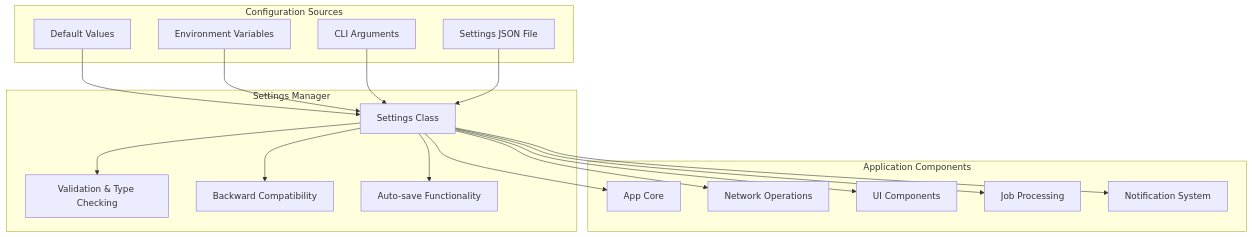
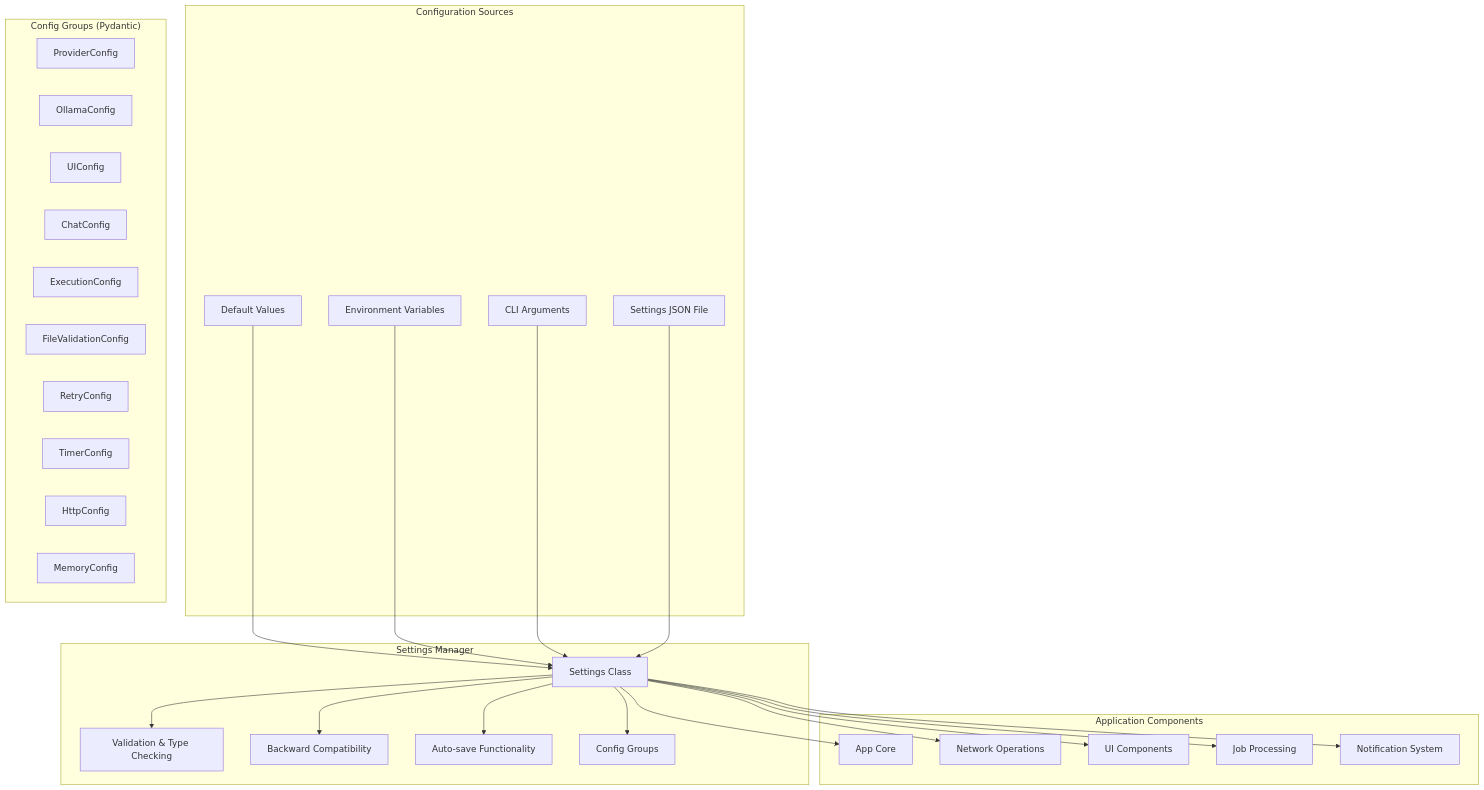
The ninth of 14 diagrams in project_design.md (paulrobello/parllama), drawn with Mermaid before and after one commit. The commit also changed other lines of this file and 1 other file, not shown here.

````diff
--- a/project_design.md
+++ b/project_design.md
@@ -502,35 +515,49 @@
 ```mermaid
 graph TD
     subgraph "Configuration Sources"
         A[Default Values]
         B[Environment Variables]
         C[CLI Arguments]
         D[Settings JSON File]
     end
 
     subgraph "Settings Manager"
         E[Settings Class]
         E --> F[Validation & Type Checking]
         E --> G[Backward Compatibility]
         E --> H[Auto-save Functionality]
+        E --> CG[Config Groups]
+    end
+
+    subgraph "Config Groups (Pydantic)"
+        CG1[ProviderConfig]
+        CG2[OllamaConfig]
+        CG3[UIConfig]
+        CG4[ChatConfig]
+        CG5[ExecutionConfig]
+        CG6[FileValidationConfig]
+        CG7[RetryConfig]
+        CG8[TimerConfig]
+        CG9[HttpConfig]
+        CG10[MemoryConfig]
     end
 
     subgraph "Application Components"
         I[App Core]
         J[Network Operations]
         K[UI Components]
         L[Job Processing]
         M[Notification System]
     end
 
     A --> E
     B --> E
     C --> E
     D --> E
 
     E --> I
     E --> J
     E --> K
     E --> L
     E --> M
 ```
````
